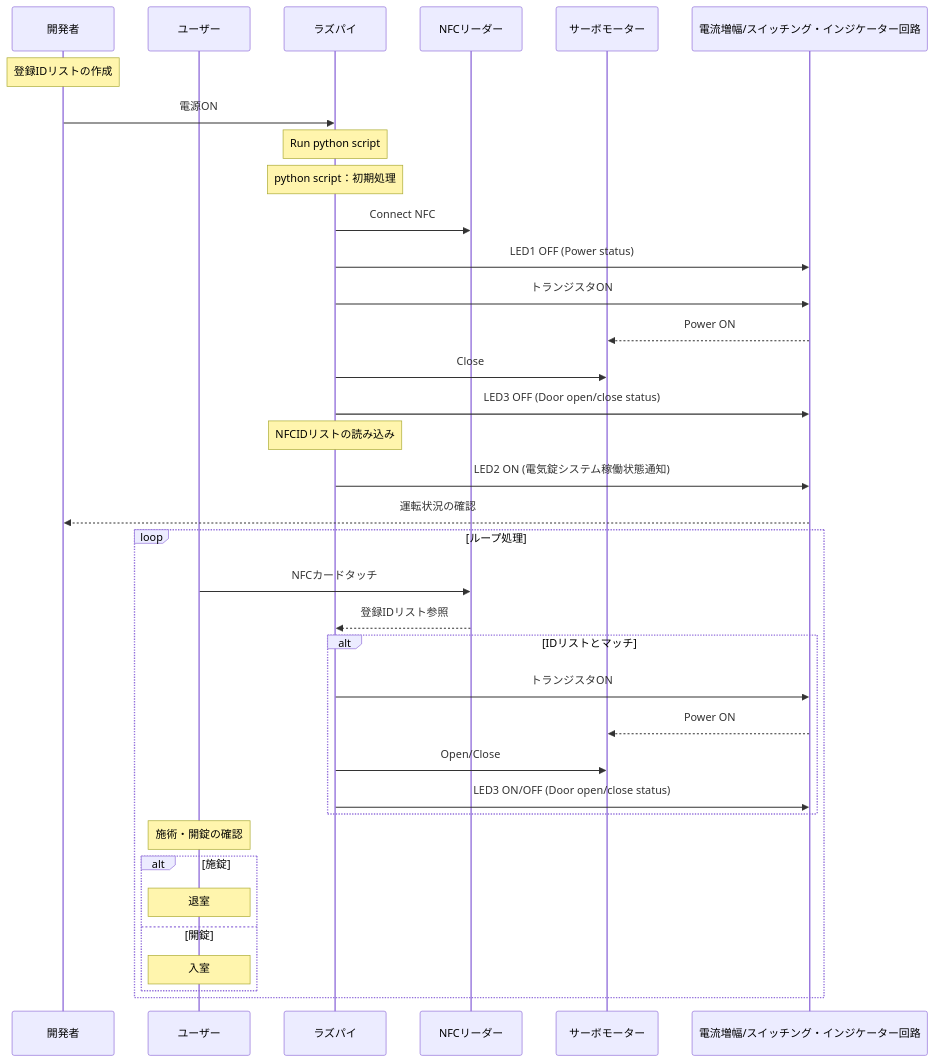
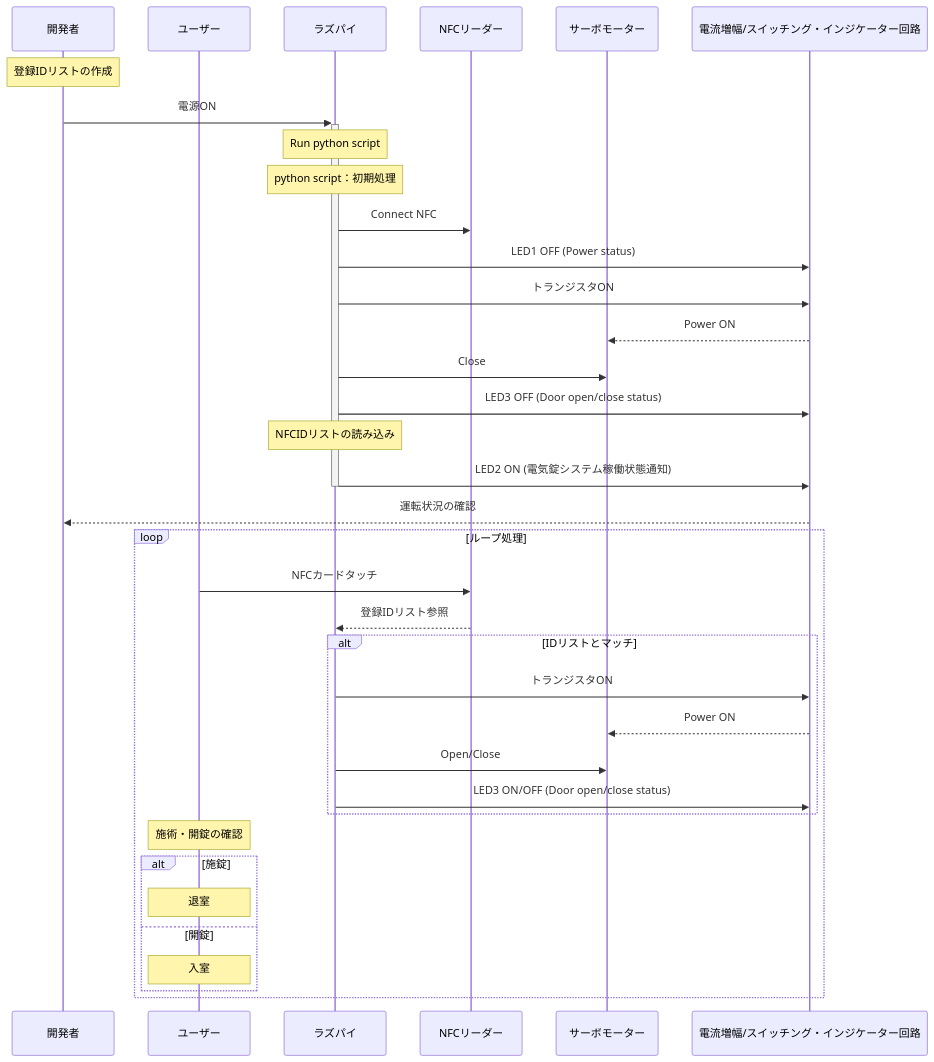
One commit to YUKI-SOKENDAI/SmartLock changed the second of 2 diagrams in memo/SystemMEMO.md. Above: the diagram before and after it, drawn with Mermaid.

````diff
--- a/memo/SystemMEMO.md
+++ b/memo/SystemMEMO.md
@@ -63,46 +63,46 @@
 ```mermaid
 sequenceDiagram
     participant user as 開発者
     participant user1 as ユーザー
     participant raspi as ラズパイ
     participant nfc as NFCリーダー
     participant servo as サーボモーター
     participant circuit as 電流増幅/スイッチング・インジケーター回路
     
     # hoge
     Note over user: 登録IDリストの作成
-    user->>raspi: 電源ON
+    user->>+raspi: 電源ON
     Note over raspi : Run python script
     Note over raspi : python script：初期処理
     
     raspi->>nfc: Connect NFC
     raspi->>circuit: LED1 OFF (Power status)
     raspi->>circuit: トランジスタON
     circuit-->>servo: Power ON
     raspi->>servo: Close
     raspi->>circuit: LED3 OFF (Door open/close status)
     Note over raspi : NFCIDリストの読み込み
-    raspi->>circuit: LED2 ON (電気錠システム稼働状態通知)
+    raspi->>-circuit: LED2 ON (電気錠システム稼働状態通知)
     circuit-->>user: 運転状況の確認
     
     loop ループ処理
         user1->>nfc: NFCカードタッチ
         nfc-->>raspi:登録IDリスト参照
         alt IDリストとマッチ
             raspi->>circuit: トランジスタON
             circuit-->>servo: Power ON
             raspi->>servo: Open/Close
             raspi->>circuit: LED3 ON/OFF (Door open/close status) 
         end
     
         Note over user1 : 施術・開錠の確認
         alt 施錠
             Note over user1 :退室
         else 開錠
             Note over user1 :入室
         end
     end
     
     #raspi-->>user: こんにちは！！
 
 ```
````
